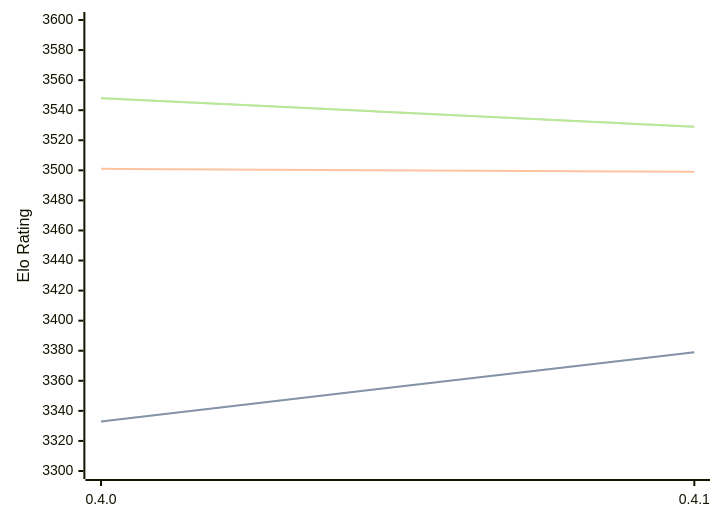
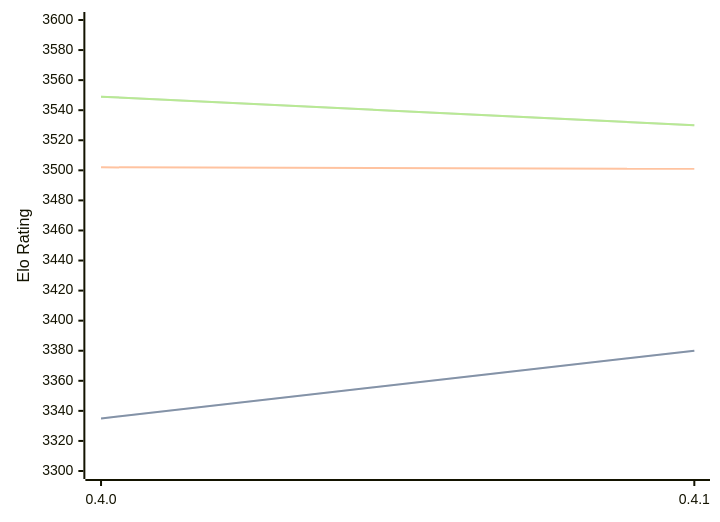
One commit to computer-chess-index/cci changed the diagram in engines/Cinder.md. Above: the diagram before and after it, drawn with Mermaid. The commit also changed other lines of this file, not shown here.

Commit message:
Update CCI Ratings (ELO VLTC) - 2026-03-28

````diff
--- a/engines/Cinder.md
+++ b/engines/Cinder.md
@@ -40,11 +40,11 @@
 ```mermaid
 %%{init: {"theme":"base","themeVariables":{"seriesColors:['#a3a3a3','#222221','#faa371']}}}%%
 xychart-beta
   x-axis ["0.4.0", "0.4.1"]
   y-axis "Elo Rating" 3300 --> 3600
-  line "STC (8.0+0.08s)" [3333, 3379]
-  line "STC (8.0+0.08s)" [3333, 3379]
-  line "LTC (60.0+0.60s)" [3501, 3499]
-  line "VLTC (2m24s+1.12s)" [3548, 3529]
-  line "VLTC (2m24s+1.12s)" [3548, 3529]
+  line "STC (8.0+0.08s)" [3335, 3380]
+  line "STC (8.0+0.08s)" [3335, 3380]
+  line "LTC (60.0+0.60s)" [3502, 3501]
+  line "VLTC (2m24s+1.12s)" [3549, 3530]
+  line "VLTC (2m24s+1.12s)" [3549, 3530]
 ```
````
